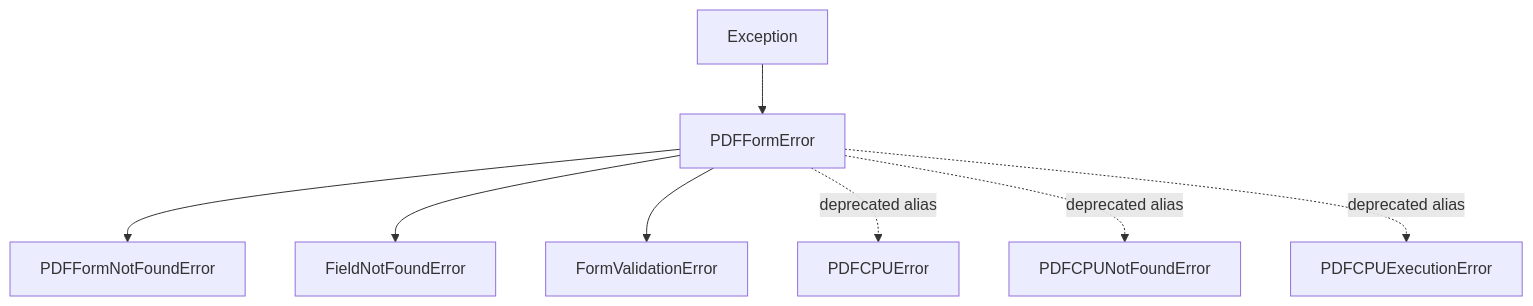
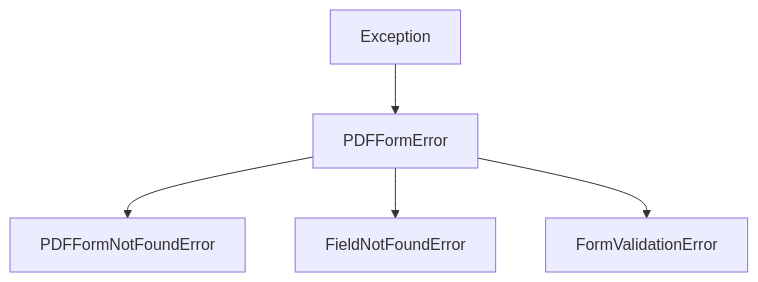
Before and after one commit to zopyx/privacyforms.pdf: the seventh of 7 diagrams in docs/ARCHITECTURE.md, drawn with Mermaid. The commit also changed other lines of this file and 89 other files, not shown here.

First line of the commit message:
refactor!: migrate to pure-pypdf architecture with canonical schema

````diff
--- a/docs/ARCHITECTURE.md
+++ b/docs/ARCHITECTURE.md
@@ -319,10 +319,7 @@
 ```mermaid
 graph TD
     A[Exception] --> B[PDFFormError]
     B --> C[PDFFormNotFoundError]
     B --> D[FieldNotFoundError]
     B --> E[FormValidationError]
-    B -.->|deprecated alias| F[PDFCPUError]
-    B -.->|deprecated alias| G[PDFCPUNotFoundError]
-    B -.->|deprecated alias| H[PDFCPUExecutionError]
 ```
````
